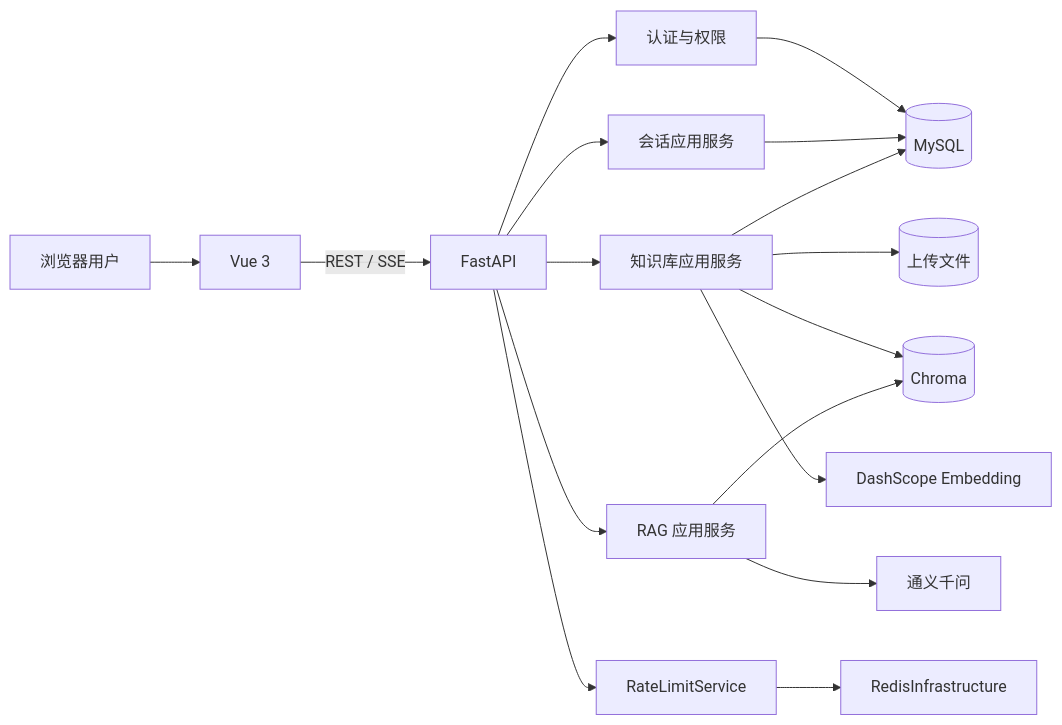
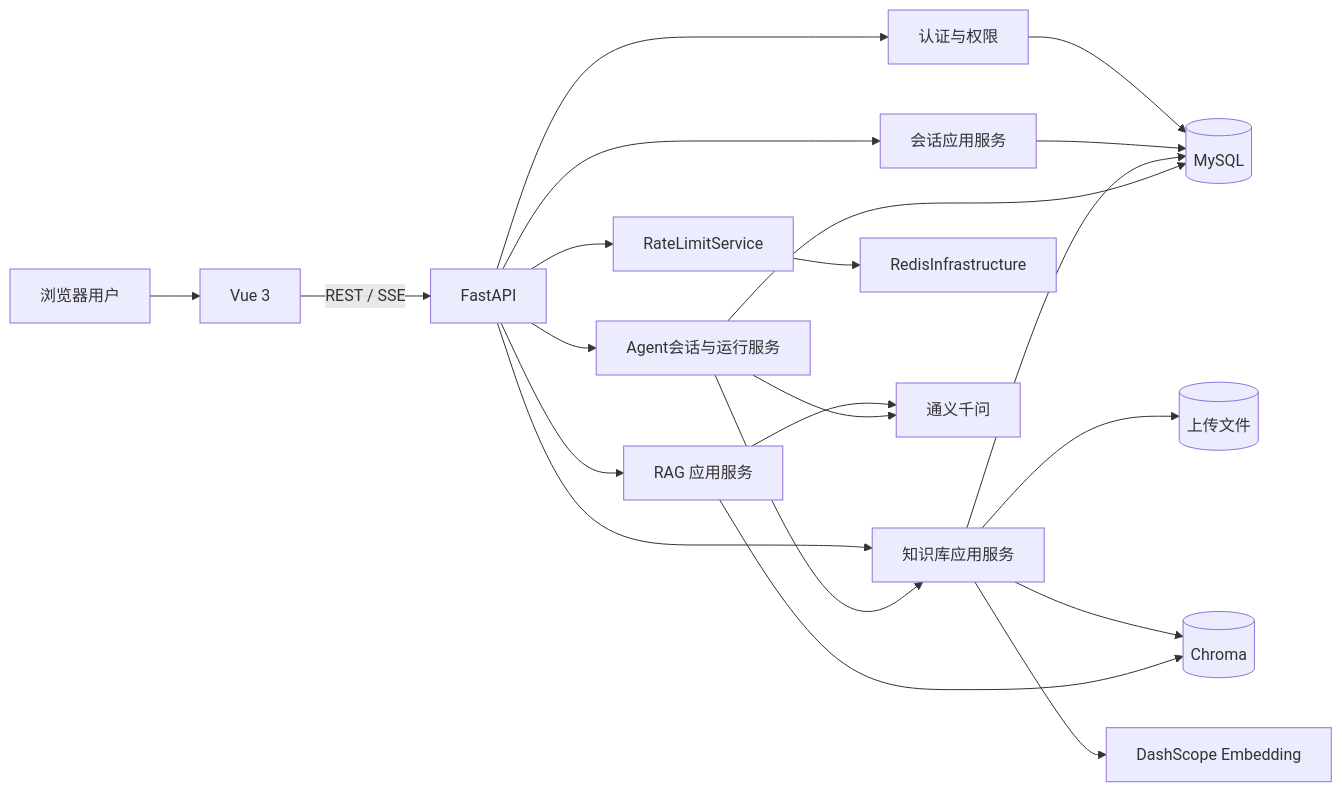
Before and after one commit to Master-Jxy/medical-rag-assistant: the diagram in docs/technical-design.md, drawn with Mermaid. The commit also changed other lines of this file and 31 other files, not shown here.

````diff
--- a/docs/technical-design.md
+++ b/docs/technical-design.md
@@ -55,19 +55,23 @@
 ```mermaid
 flowchart LR
     U["浏览器用户"] --> V["Vue 3"]
     V -->|"REST / SSE"| A["FastAPI"]
     A --> AU["认证与权限"]
     A --> CS["会话应用服务"]
     A --> KS["知识库应用服务"]
     A --> RS["RAG 应用服务"]
+    A --> AS["Agent会话与运行服务"]
     A --> RL["RateLimitService"]
     RL --> RI["RedisInfrastructure"]
     AU --> M[("MySQL")]
     CS --> M
     KS --> M
     KS --> F[("上传文件")]
     KS --> C[("Chroma")]
     RS --> C
     RS --> Q["通义千问"]
+    AS --> M
+    AS --> Q
+    AS --> KS
     KS --> E["DashScope Embedding"]
 ```
````
